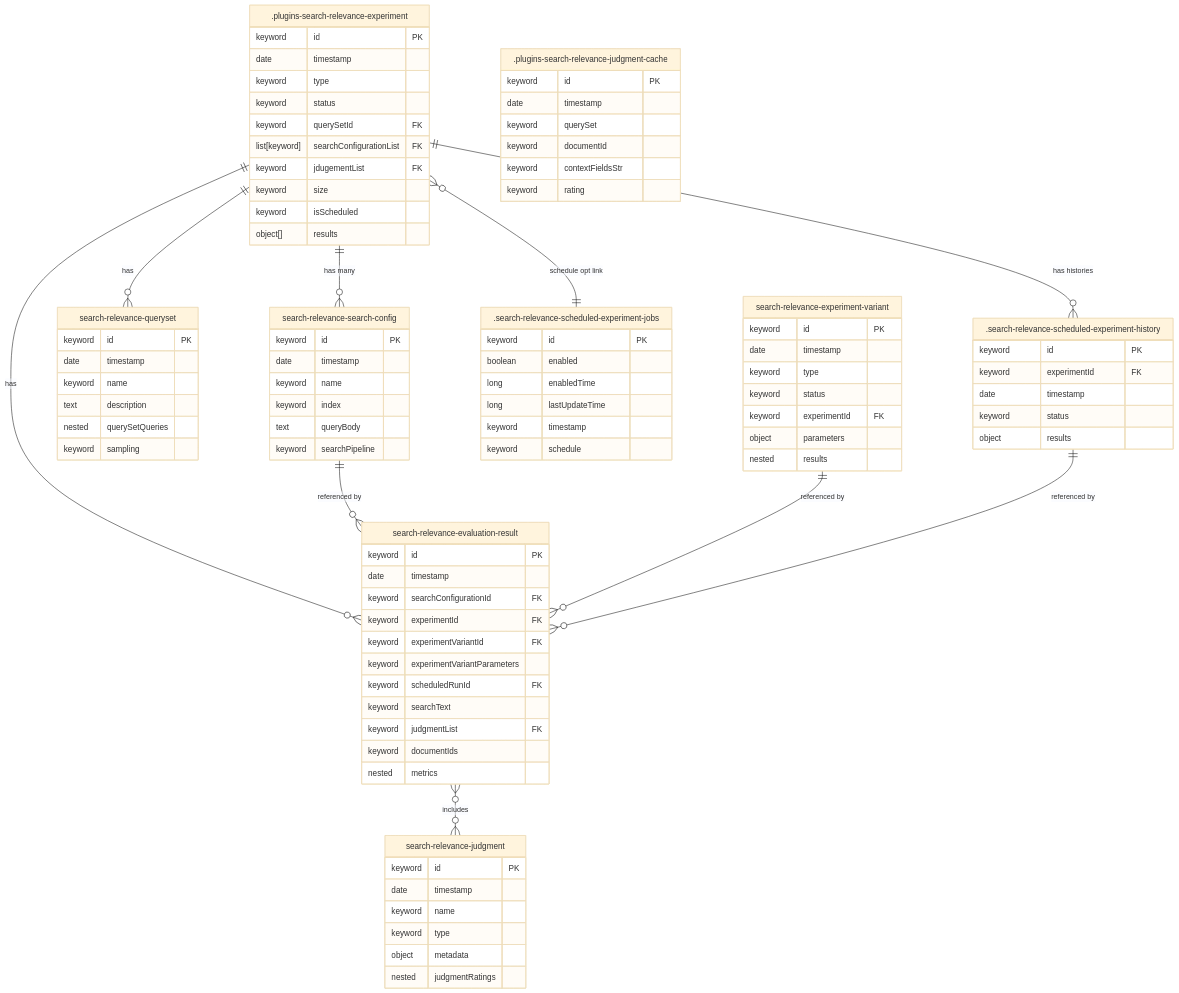
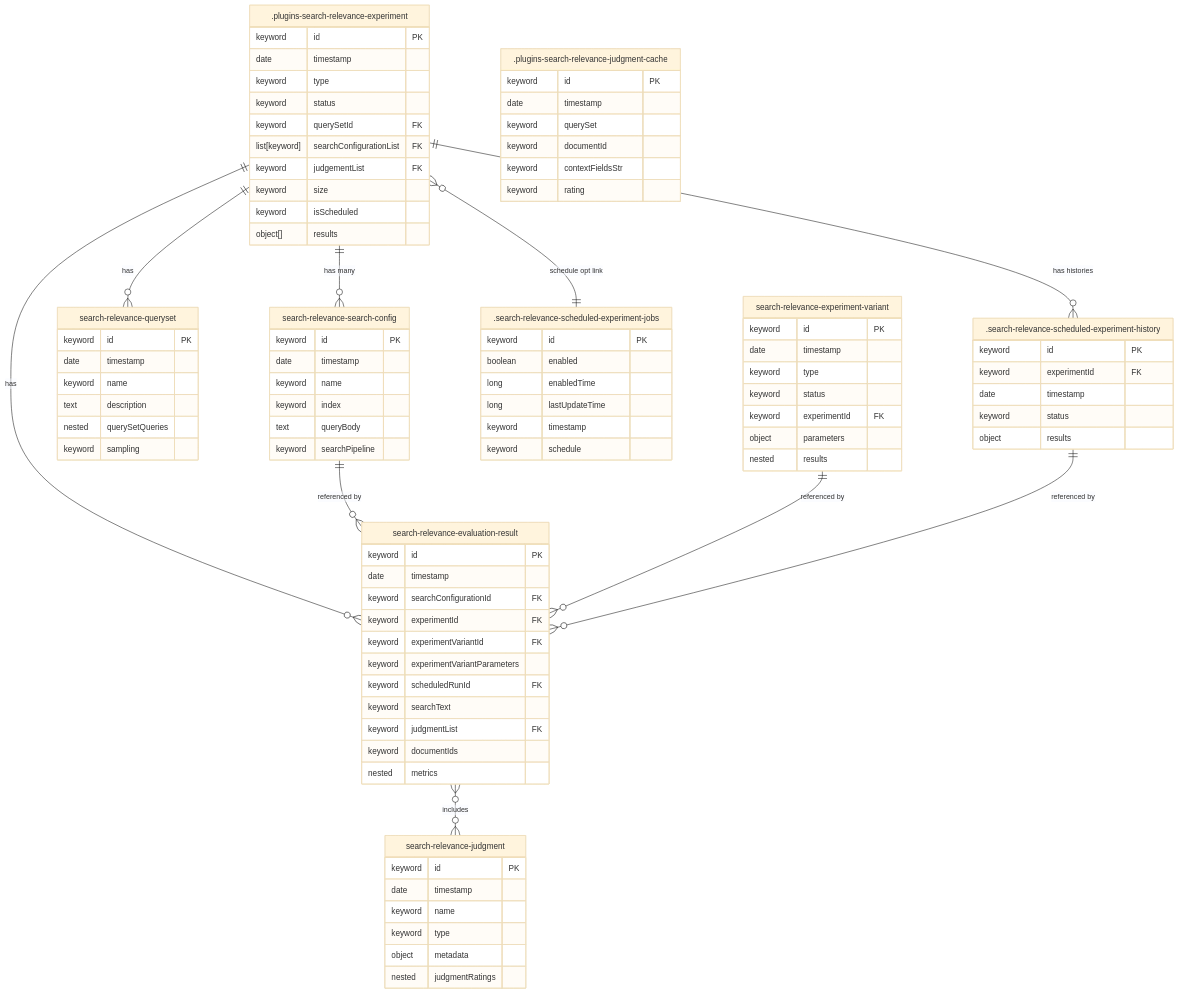
One commit to opensearch-project/search-relevance changed the first of 5 diagrams in DEVELOPER_GUIDE.md. Above: the diagram before and after it, drawn with Mermaid (base theme).

Commit message:
typo fix

```diff
--- a/DEVELOPER_GUIDE.md
+++ b/DEVELOPER_GUIDE.md
@@ -323,7 +323,7 @@
         keyword status
         keyword querySetId FK
         list[keyword] searchConfigurationList FK
-        keyword jdugementList FK
+        keyword judgementList FK
         keyword size
         keyword isScheduled
         object[] results
```
